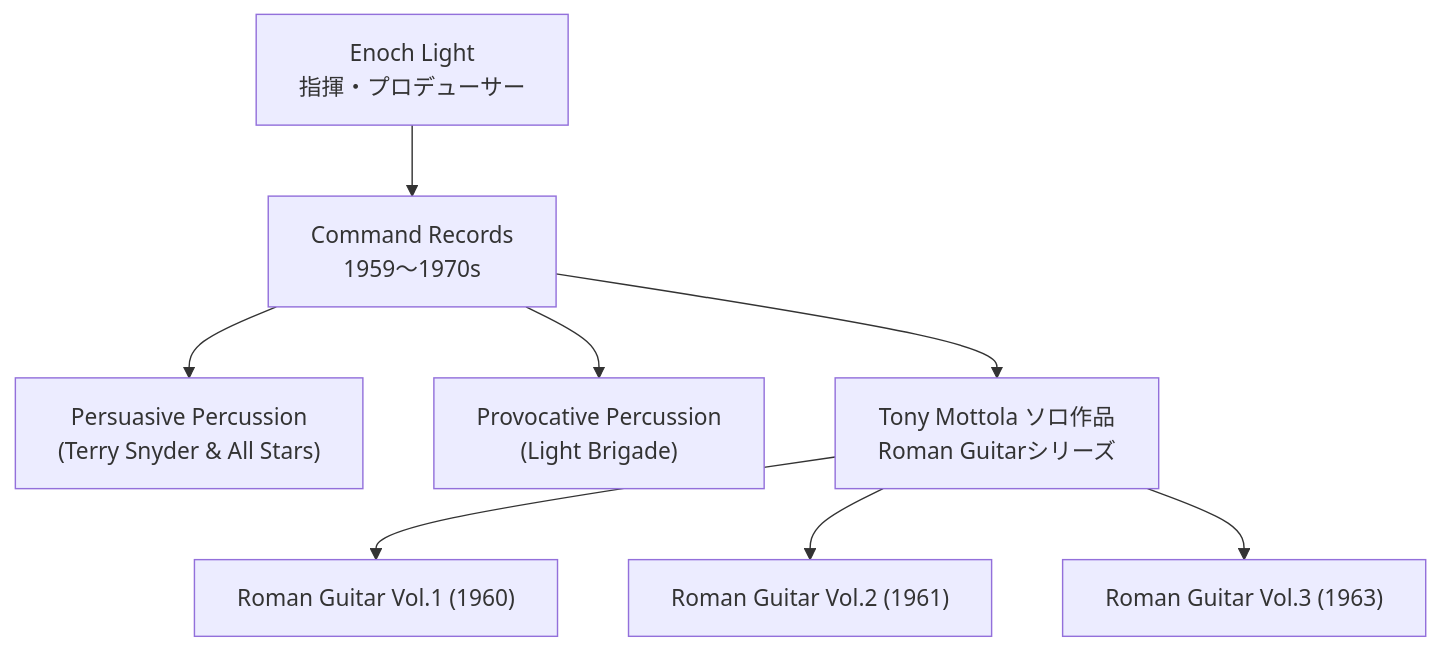
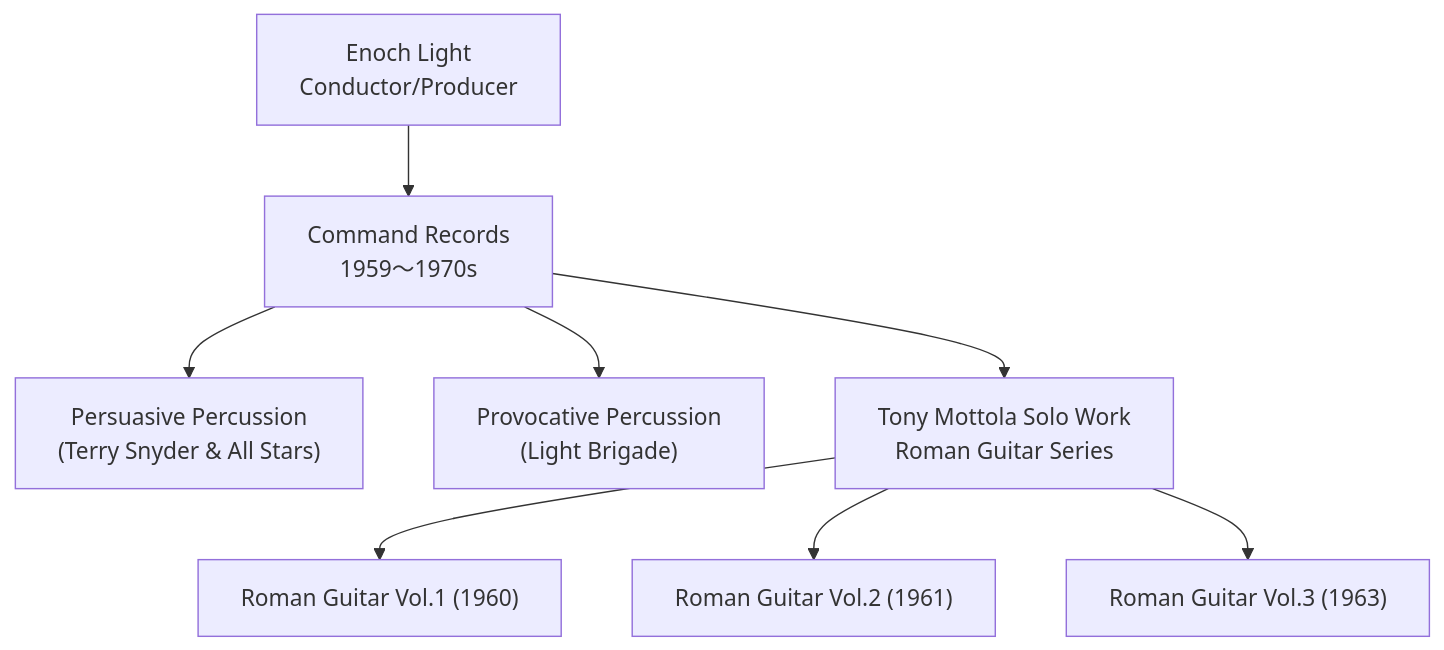
Before and after one commit to monumental-movement/monumental-movement.github.io: the second of 2 diagrams in en/_posts/2025-10-04-Column-Enoch-Light-Command.md, drawn with Mermaid. The commit also changed other lines of this file and 152 other files, not shown here.

```diff
--- a/en/_posts/2025-10-04-Column-Enoch-Light-Command.md
+++ b/en/_posts/2025-10-04-Column-Enoch-Light-Command.md
@@ -131,12 +131,12 @@
 <div class="mermaid">
 
 flowchart TD
-  A["Enoch Light<br>指揮・プロデューサー"] --> B["Command Records<br>1959〜1970s"]
+  A["Enoch Light<br>Conductor/Producer"] --> B["Command Records<br>1959〜1970s"]
   B --> C["Persuasive Percussion<br>(Terry Snyder & All Stars)"]
   B --> D["Provocative Percussion<br>(Light Brigade)"]
-  B --> E["Tony Mottola ソロ作品<br>Roman Guitarシリーズ"]
+  B --> E["Tony Mottola Solo Work<br>Roman Guitar Series"]
   E --> F["Roman Guitar Vol.1 (1960)"]
   E --> G["Roman Guitar Vol.2 (1961)"]
   E --> H["Roman Guitar Vol.3 (1963)"]
 
 </div>
```
